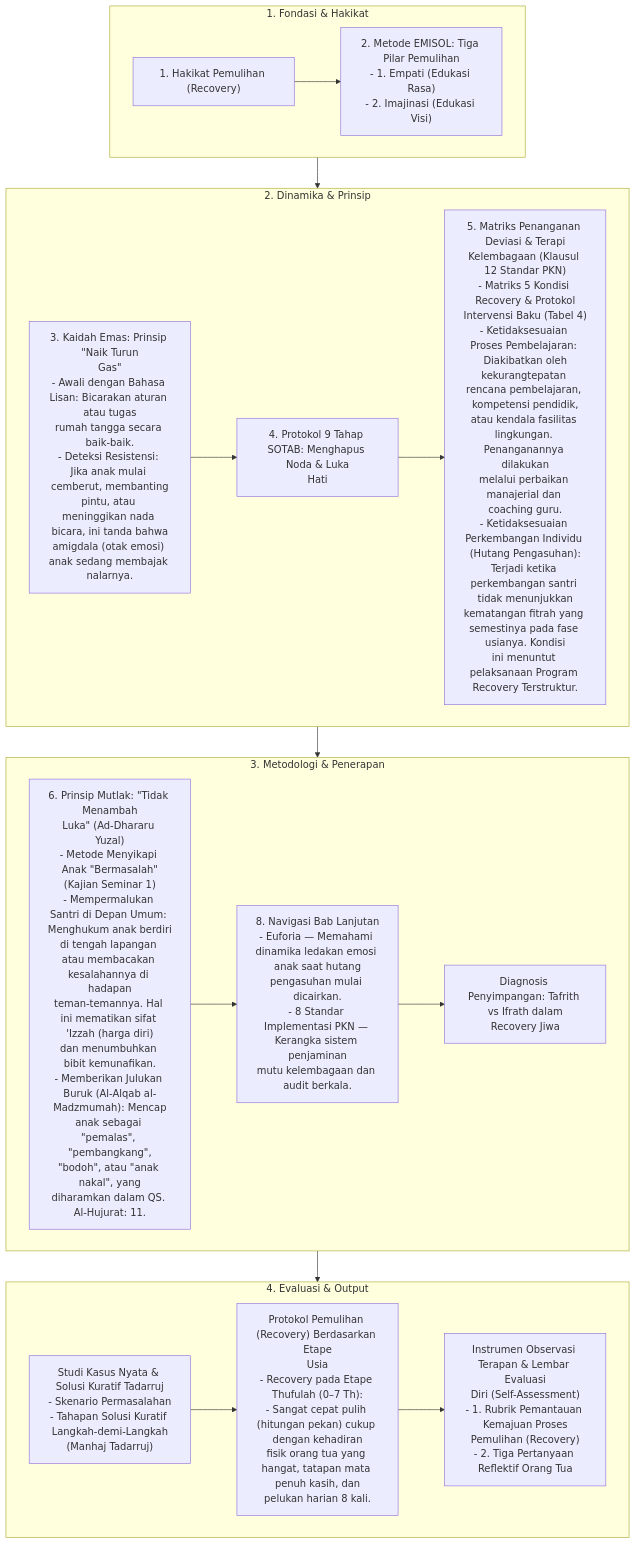
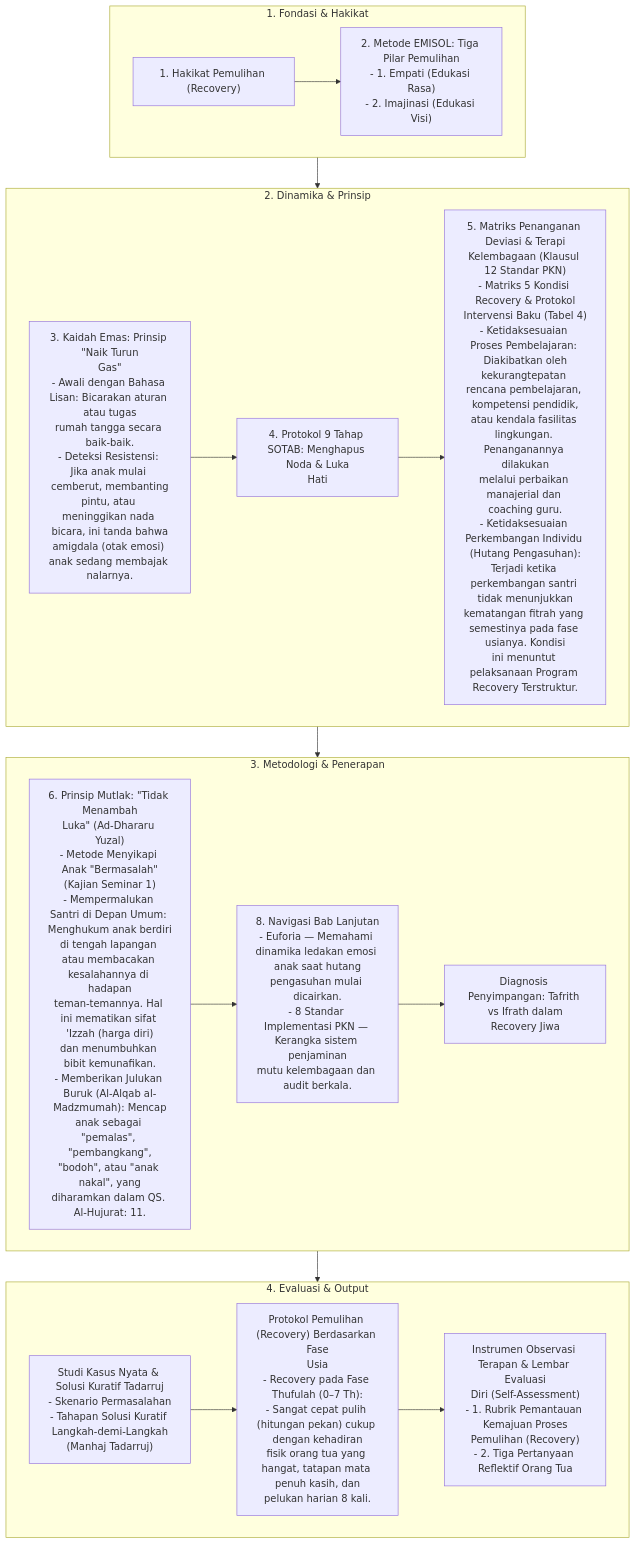
The diagram in content_flow/Dokumen Pendidikan Karakter Nabawiyah/Paradigma & Implementasi/Pendidikan Ideal/Luka dan Hutang Pengasuhan/Recovery.md (decaller/wiki-pkn), drawn with Mermaid before and after one commit. The commit also changed 410 other files, not shown here.

Commit message:
feat: create master Glosarium and purify terminology across repo (etape -> fase, archetype -> uswah)

````diff
--- a/content_flow/Dokumen Pendidikan Karakter Nabawiyah/Paradigma & Implementasi/Pendidikan Ideal/Luka dan Hutang Pengasuhan/Recovery.md
+++ b/content_flow/Dokumen Pendidikan Karakter Nabawiyah/Paradigma & Implementasi/Pendidikan Ideal/Luka dan Hutang Pengasuhan/Recovery.md
@@ -10,36 +10,36 @@
 ```mermaid
 flowchart TD
     subgraph S1["1. Fondasi & Hakikat"]
         N1_1["1. Hakikat Pemulihan (Recovery)"]
         N1_2["2. Metode EMISOL: Tiga Pilar Pemulihan<br/>- 1. Empati (Edukasi Rasa)<br/>- 2. Imajinasi (Edukasi Visi)"]
         N1_1 --> N1_2
     end
 
     subgraph S2["2. Dinamika & Prinsip"]
         N2_1["3. Kaidah Emas: Prinsip &quot;Naik Turun<br/>Gas&quot;<br/>- Awali dengan Bahasa Lisan: Bicarakan aturan atau tugas<br/>rumah tangga secara baik-baik.<br/>- Deteksi Resistensi: Jika anak mulai cemberut, membanting<br/>pintu, atau meninggikan nada bicara, ini tanda bahwa<br/>amigdala (otak emosi) anak sedang membajak nalarnya."]
         N2_2["4. Protokol 9 Tahap SOTAB: Menghapus Noda & Luka<br/>Hati"]
         N2_1 --> N2_2
         N2_3["5. Matriks Penanganan Deviasi & Terapi<br/>Kelembagaan (Klausul 12 Standar PKN)<br/>- Matriks 5 Kondisi Recovery & Protokol<br/>Intervensi Baku (Tabel 4)<br/>- Ketidaksesuaian Proses Pembelajaran: Diakibatkan oleh<br/>kekurangtepatan rencana pembelajaran, kompetensi pendidik,<br/>atau kendala fasilitas lingkungan. Penanganannya dilakukan<br/>melalui perbaikan manajerial dan coaching guru.<br/>- Ketidaksesuaian Perkembangan Individu (Hutang Pengasuhan):<br/>Terjadi ketika perkembangan santri tidak menunjukkan<br/>kematangan fitrah yang semestinya pada fase usianya. Kondisi<br/>ini menuntut pelaksanaan Program Recovery Terstruktur."]
         N2_2 --> N2_3
     end
 
     subgraph S3["3. Metodologi & Penerapan"]
         N3_1["6. Prinsip Mutlak: &quot;Tidak Menambah<br/>Luka&quot; (Ad-Dhararu Yuzal)<br/>- Metode Menyikapi Anak &quot;Bermasalah&quot;<br/>(Kajian Seminar 1)<br/>- Mempermalukan Santri di Depan Umum: Menghukum anak berdiri<br/>di tengah lapangan atau membacakan kesalahannya di hadapan<br/>teman-temannya. Hal ini mematikan sifat 'Izzah (harga diri)<br/>dan menumbuhkan bibit kemunafikan.<br/>- Memberikan Julukan Buruk (Al-Alqab al-Madzmumah): Mencap<br/>anak sebagai &quot;pemalas&quot;, &quot;pembangkang&quot;,<br/>&quot;bodoh&quot;, atau &quot;anak nakal&quot;, yang<br/>diharamkan dalam QS. Al-Hujurat: 11."]
         N3_2["8. Navigasi Bab Lanjutan<br/>- Euforia — Memahami dinamika ledakan emosi anak saat hutang<br/>pengasuhan mulai dicairkan.<br/>- 8 Standar Implementasi PKN — Kerangka sistem penjaminan<br/>mutu kelembagaan dan audit berkala."]
         N3_1 --> N3_2
         N3_3["Diagnosis Penyimpangan: Tafrith vs Ifrath dalam<br/>Recovery Jiwa"]
         N3_2 --> N3_3
     end
 
     subgraph S4["4. Evaluasi & Output"]
         N4_1["Studi Kasus Nyata & Solusi Kuratif Tadarruj<br/>- Skenario Permasalahan<br/>- Tahapan Solusi Kuratif Langkah-demi-Langkah<br/>(Manhaj Tadarruj)"]
-        N4_2["Protokol Pemulihan (Recovery) Berdasarkan Etape<br/>Usia<br/>- Recovery pada Etape Thufulah (0–7 Th):<br/>- Sangat cepat pulih (hitungan pekan) cukup dengan kehadiran<br/>fisik orang tua yang hangat, tatapan mata penuh kasih, dan<br/>pelukan harian 8 kali."]
+        N4_2["Protokol Pemulihan (Recovery) Berdasarkan Fase<br/>Usia<br/>- Recovery pada Fase Thufulah (0–7 Th):<br/>- Sangat cepat pulih (hitungan pekan) cukup dengan kehadiran<br/>fisik orang tua yang hangat, tatapan mata penuh kasih, dan<br/>pelukan harian 8 kali."]
         N4_1 --> N4_2
         N4_3["Instrumen Observasi Terapan & Lembar Evaluasi<br/>Diri (Self-Assessment)<br/>- 1. Rubrik Pemantauan Kemajuan Proses<br/>Pemulihan (Recovery)<br/>- 2. Tiga Pertanyaan Reflektif Orang Tua"]
         N4_2 --> N4_3
     end
 
     S1 --> S2
     S2 --> S3
     S3 --> S4
 ```
````
